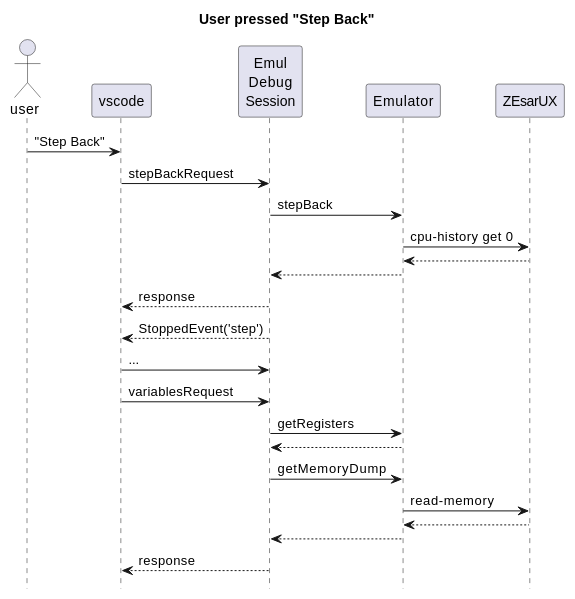
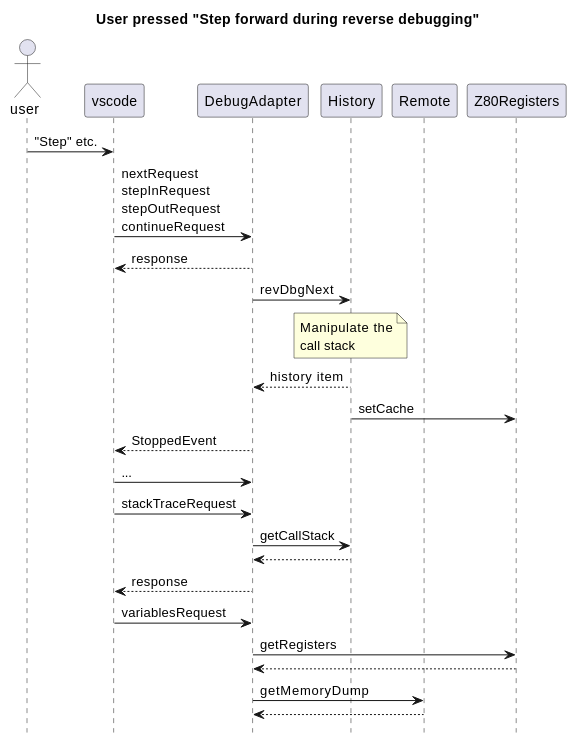
One commit to maziac/DeZog changed the fourth of 4 diagrams in design/reversedebugging.md. Above: the diagram before and after it, drawn with PlantUML. The commit also changed other lines of this file and 2 other files, not shown here.

````diff
--- a/design/reversedebugging.md
+++ b/design/reversedebugging.md
@@ -166,34 +160,36 @@
 ```puml
 hide footbox
-title User pressed "Step Back"
+title User pressed "Step forward during reverse debugging"
 actor user
 participant vscode
-participant "Emul\nDebug\nSession" as session
-participant "Emulator" as emul
-participant "ZEsarUX" as zesarux
+participant "DebugAdapter" as da
+participant "History" as history
+participant "Remote" as remote
+participant "Z80Registers" as registers
 
-user -> vscode: "Step Back"
-vscode -> session: stepBackRequest
+user -> vscode: "Step" etc.
+vscode -> da: nextRequest\nstepInRequest\nstepOutRequest\ncontinueRequest
+vscode <-- da: response
 
-session -> emul: stepBack
-emul -> zesarux: cpu-history get 0
-emul <-- zesarux
-session <-- emul
+da -> history: revDbgNext
+note over history: Manipulate the\ncall stack
+da <-- history: history item
+history -> registers: setCache
+vscode <-- da: StoppedEvent
 
-vscode <-- session: response
-vscode <-- session: StoppedEvent('step')
+vscode -> da: ...
 
-vscode -> session: ...
+vscode -> da: stackTraceRequest
+da -> history: getCallStack
+da <-- history
+vscode <-- da: response
 
-vscode -> session: variablesRequest
+vscode -> da: variablesRequest
 
-session -> emul: getRegisters
-session <-- emul
+da -> registers: getRegisters
+da <-- registers
 
-session -> emul: getMemoryDump
-emul -> zesarux: read-memory
-emul <-- zesarux
-session <-- emul
+da -> remote: getMemoryDump
+da <-- remote
 
-vscode <-- session: response
 ```
````
